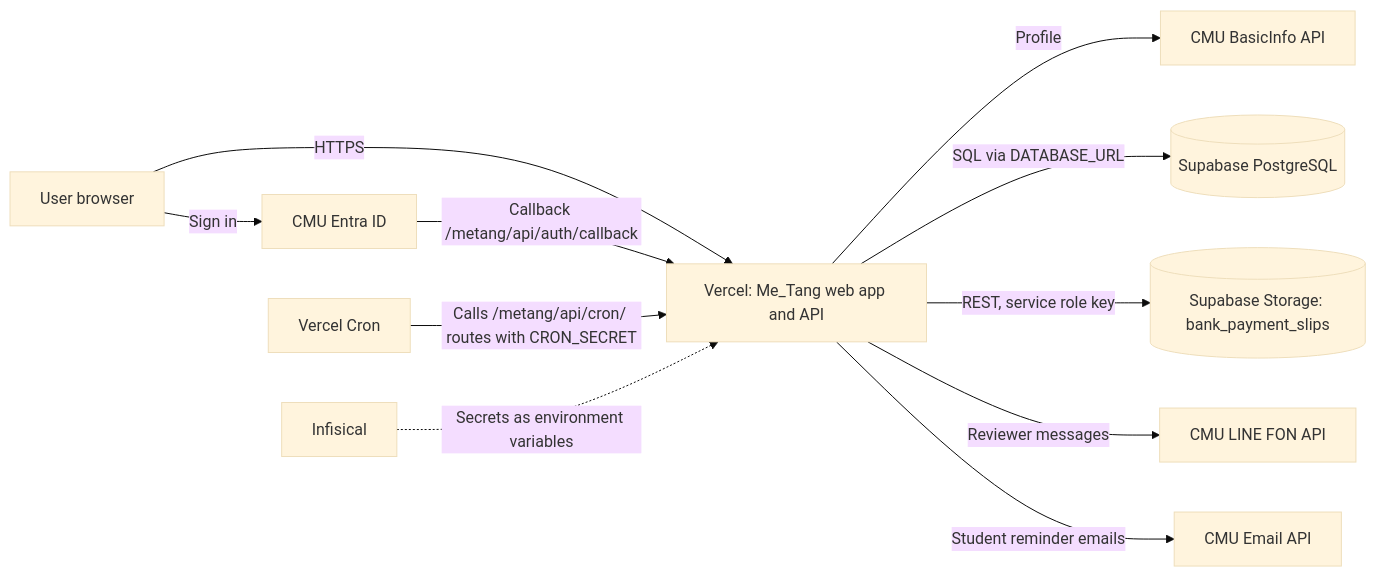
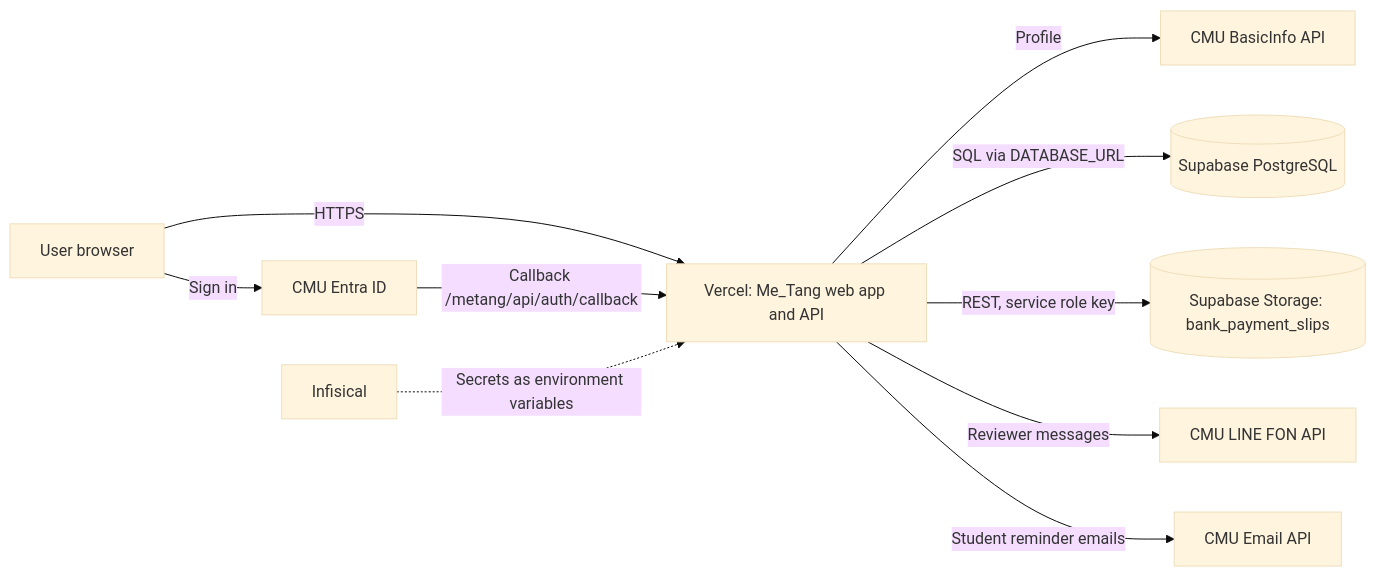
Before and after one commit to SE67-Metang-s-Project/metang: the diagram in docs/documentation/maintenance-guide.md, drawn with Mermaid (base theme). The commit also changed other lines of this file and 1 other file, not shown here.

````diff
--- a/docs/documentation/maintenance-guide.md
+++ b/docs/documentation/maintenance-guide.md
@@ -119,13 +120,12 @@
 ```mermaid
 flowchart LR
   U[User browser] -->|HTTPS| V[Vercel: Me_Tang web app and API]
   U -->|Sign in| E[CMU Entra ID]
   E -->|Callback /metang/api/auth/callback| V
   V -->|Profile| B[CMU BasicInfo API]
   V -->|SQL via DATABASE_URL| D[(Supabase PostgreSQL)]
   V -->|REST, service role key| S[(Supabase Storage: bank_payment_slips)]
-  C[Vercel Cron] -->|Calls /metang/api/cron/ routes with CRON_SECRET| V
   V -->|Reviewer messages| L[CMU LINE FON API]
   V -->|Student reminder emails| M[CMU Email API]
   I[Infisical] -.->|Secrets as environment variables| V
 ```
````
